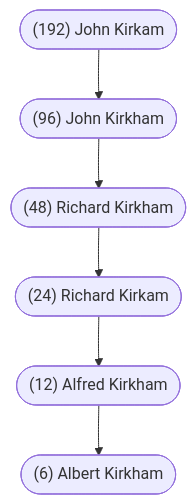
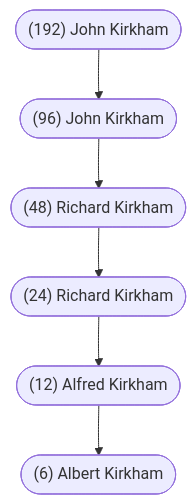
Before and after one commit to steinea/obsidian-vault: the diagram in constellation/surnames/Kirkham.md, drawn with Mermaid. The commit also changed other lines of this file and 131 other files, not shown here.

````diff
--- a/constellation/surnames/Kirkham.md
+++ b/constellation/surnames/Kirkham.md
@@ -3,15 +120,15 @@
 ```mermaid
 flowchart TD;
 
 AK(["(6) Albert Kirkham"])
 AFK(["(12) Alfred Kirkham"])
-RK2(["(24) Richard Kirkam"])
+RK2(["(24) Richard Kirkham"])
 RK1(["(48) Richard Kirkham"])
 JK2(["(96) John Kirkham"])
-JK1(["(192) John Kirkam"])
+JK1(["(192) John Kirkham"])
 
 JK1 --> JK2 --> RK1 --> RK2 --> AFK --> AK
 
 class AK,AFK,RK2,RK1,JK2,JK1 internal-link;
 
 ```
````
